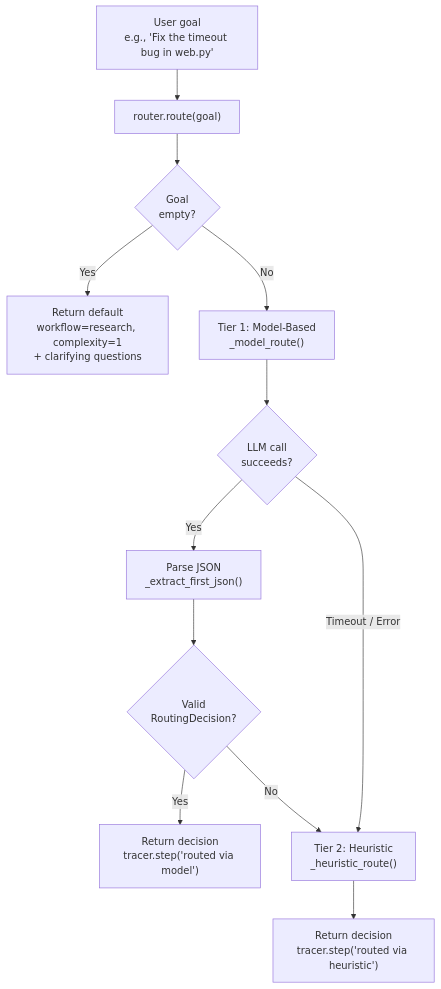
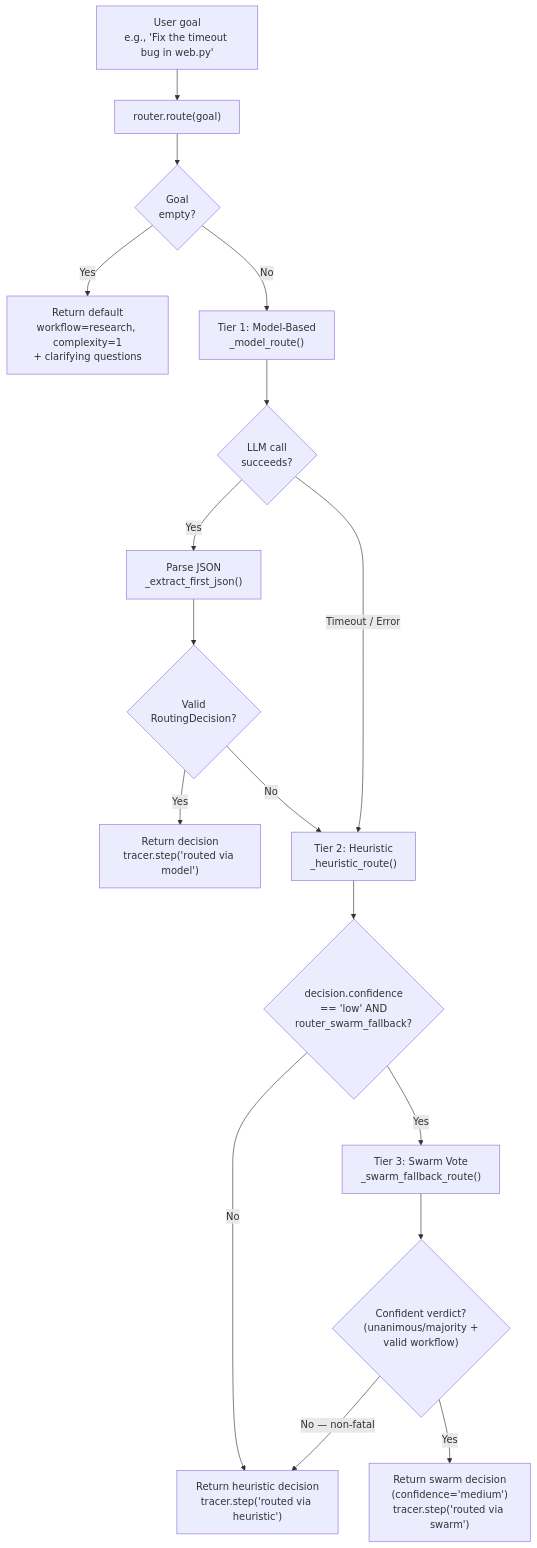
Before and after one commit to brunogcar/agent: the diagram in docs/core/router/ARCHITECTURE.md, drawn with Mermaid. The commit also changed other lines of this file and 20 other files, not shown here.

First line of the commit message:
﻿feat(swarm,router): v1.1 — temperature/json_schema passthrough, router vote-based routing, autocode swarm smoke test

````diff
--- a/docs/core/router/ARCHITECTURE.md
+++ b/docs/core/router/ARCHITECTURE.md
@@ -41,14 +43,19 @@
 ```mermaid
 graph TD
     A["User goal<br/>e.g., 'Fix the timeout bug in web.py'"] --> B["router.route(goal)"]
     B --> C{Goal<br/>empty?}
     C -->|Yes| D["Return default<br/>workflow=research, complexity=1<br/>+ clarifying questions"]
     C -->|No| E["Tier 1: Model-Based<br/>_model_route()"]
     E --> F{LLM call<br/>succeeds?}
     F -->|Yes| G["Parse JSON<br/>_extract_first_json()"]
     G --> H{Valid<br/>RoutingDecision?}
     H -->|Yes| I["Return decision<br/>tracer.step('routed via model')"]
     H -->|No| J["Tier 2: Heuristic<br/>_heuristic_route()"]
     F -->|Timeout / Error| J
-    J --> K["Return decision<br/>tracer.step('routed via heuristic')"]
+    J --> J2{"decision.confidence<br/>== 'low' AND<br/>router_swarm_fallback?"}
+    J2 -->|No| K["Return heuristic decision<br/>tracer.step('routed via heuristic')"]
+    J2 -->|Yes| S["Tier 3: Swarm Vote<br/>_swarm_fallback_route()"]
+    S --> S2{"Confident verdict?<br/>(unanimous/majority +<br/>valid workflow)"}
+    S2 -->|Yes| S3["Return swarm decision<br/>(confidence='medium')<br/>tracer.step('routed via swarm')"]
+    S2 -->|No — non-fatal| K
 ```
````
